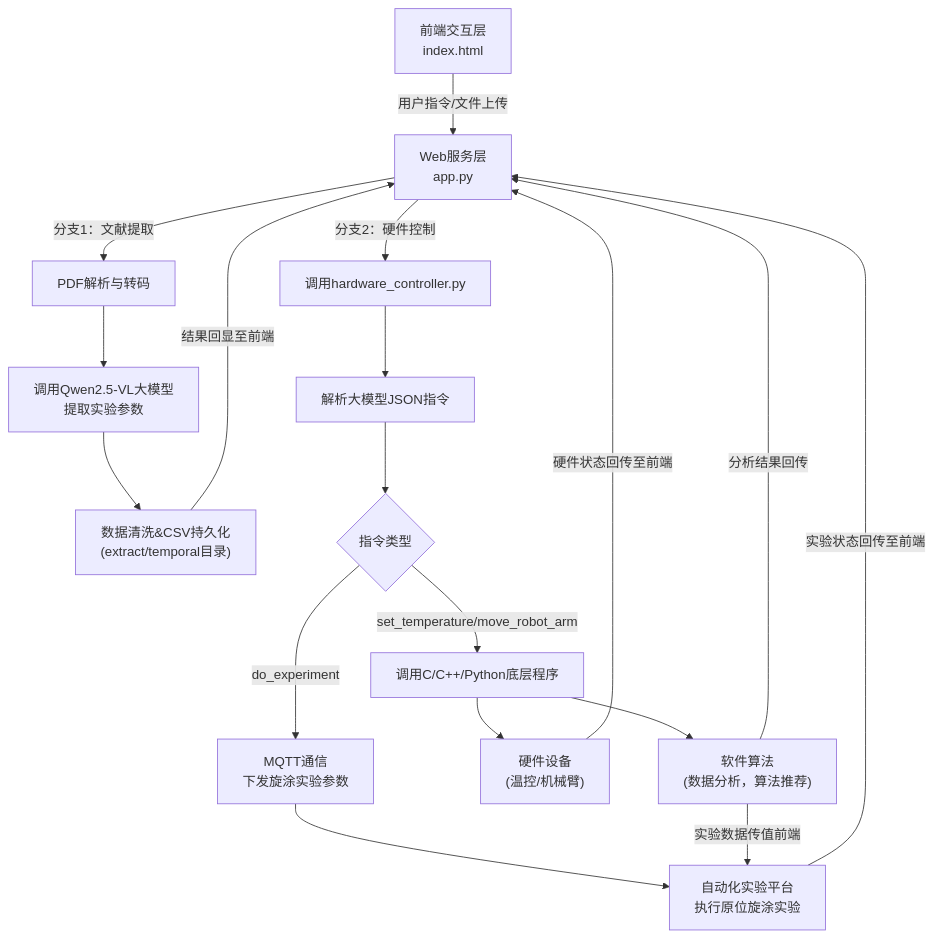
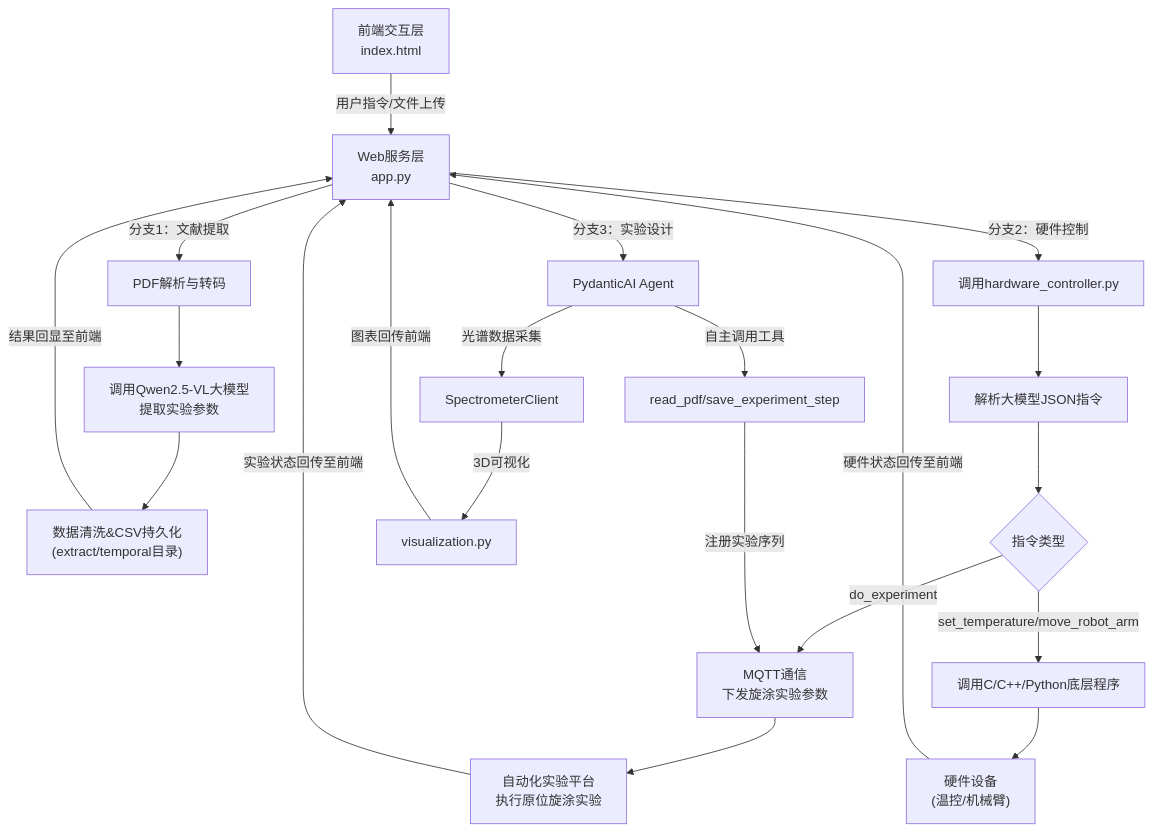
The diagram in README.md (laikaixiang/SDL_agent), drawn with Mermaid before and after one commit. The commit also changed other lines of this file, not shown here.

````diff
--- a/README.md
+++ b/README.md
@@ -11,29 +11,32 @@
 ```mermaid
 flowchart TD
     A["前端交互层<br/>index.html"] -->|用户指令/文件上传| B["Web服务层<br/>app.py"]
 
     %% 文献提取分支
     B -->|分支1：文献提取| C["PDF解析与转码"]
     C --> D["调用Qwen2.5-VL大模型<br/>提取实验参数"]
     D --> E["数据清洗&CSV持久化<br/>(extract/temporal目录)"]
     E -->|结果回显至前端| B
 
     %% 硬件控制分支
     B -->|分支2：硬件控制| F["调用hardware_controller.py"]
     F --> G["解析大模型JSON指令"]
     G --> H{"指令类型"}
 
     %% 指令类型分支
     H -->|do_experiment| I["MQTT通信<br/>下发旋涂实验参数"]
     I --> K["自动化实验平台<br/>执行原位旋涂实验"]
     K -->|实验状态回传至前端| B
 
     H -->|set_temperature/move_robot_arm| J["调用C/C++/Python底层程序"]
     J --> L["硬件设备<br/>(温控/机械臂)"]
     L -->|硬件状态回传至前端| B
 
-    %% 软件
-    J --> N["软件算法<br/>(数据分析，算法推荐)"]
-    N --> |实验数据传值前端|K
-    N --> |分析结果回传|B
+    %% 实验设计Agent分支
+    B -->|分支3：实验设计| M["PydanticAI Agent"]
+    M -->|自主调用工具| N["read_pdf/save_experiment_step"]
+    N -->|注册实验序列| I
+    M -->|光谱数据采集| O["SpectrometerClient"]
+    O -->|3D可视化| P["visualization.py"]
+    P -->|图表回传前端| B
 ```
````
